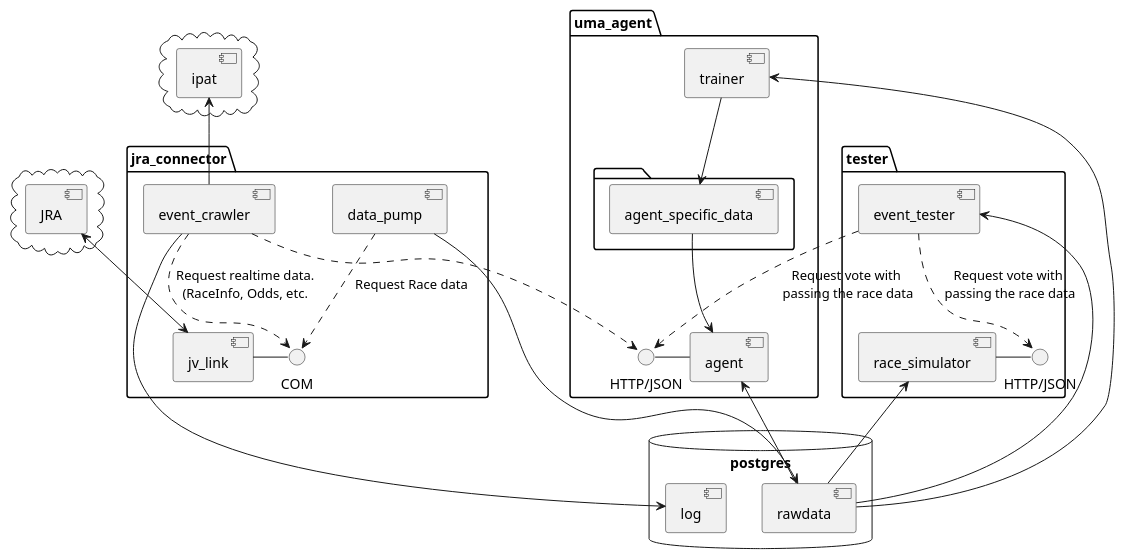
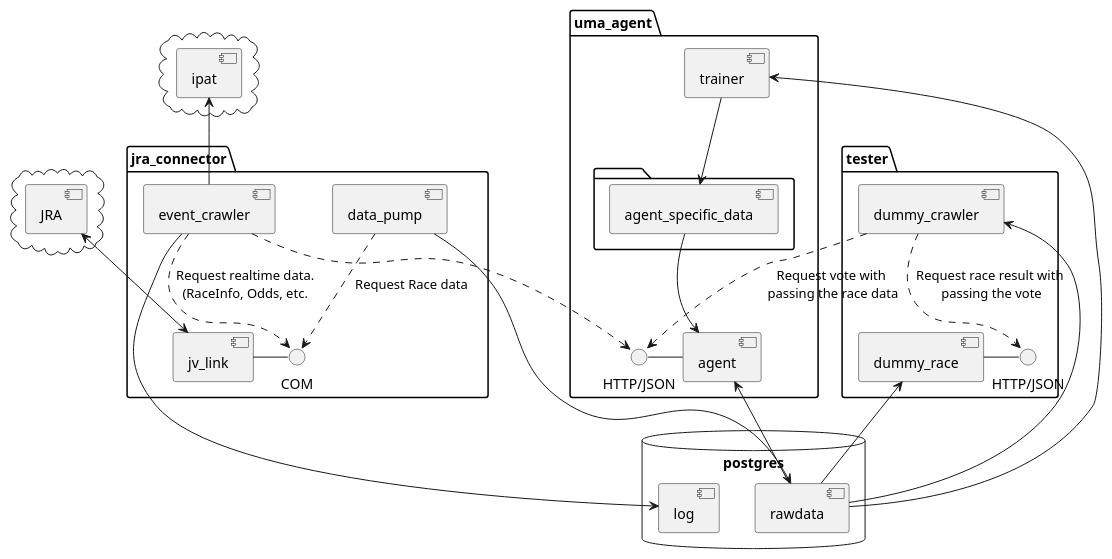
The diagram in software_design/dataflow.plantuml (iwase22334/uma_document), drawn with PlantUML before and after one commit.

Commit message:
update naming

```diff
--- a/software_design/dataflow.plantuml
+++ b/software_design/dataflow.plantuml
@@ -1,55 +1,55 @@
 @startuml
 
 database "postgres" {
     [rawdata]
     [log]
 }
 
 package "jra_connector" {
     interface "COM" as jv_link_if
     [jv_link] - jv_link_if 
     [event_crawler] ..> jv_link_if : "Request realtime data.\n(RaceInfo, Odds, etc."
     [data_pump] ..> jv_link_if : "Request Race data"
 }
 
 [data_pump] --> [rawdata]
 
 package "uma_agent" {
     interface "HTTP/JSON" as agent_if
     [agent] - agent_if 
     folder {
         [agent_specific_data]
     }
     [trainer]
     [trainer] --> [agent_specific_data]
     [agent_specific_data] --> [agent]
 }
 
 package "tester" { 
     interface "HTTP/JSON" as simulator_if
-    [race_simulator] - simulator_if
-    [event_tester]
-    [event_tester] ..> simulator_if : "Request vote with\n passing the race data" 
-    [race_simulator] <- [rawdata]
+    [dummy_race] - simulator_if
+    [dummy_crawler]
+    [dummy_crawler] ..> simulator_if : "Request race result with\n passing the vote" 
+    [dummy_race] <- [rawdata]
 }
 
 cloud {
     [ipat]
 }
 
 cloud {
     [JRA]
 }
 
 [jv_link] <-up-> [JRA]
 [event_crawler] ..> agent_if 
 [event_crawler] -up-> [ipat]
 [event_crawler] -> [log]
 
-[event_tester] <- [rawdata]
-[event_tester] ..> [agent_if] : "Request vote with\n passing the race data"
+[dummy_crawler] <- [rawdata]
+[dummy_crawler] ..> [agent_if] : "Request vote with\n passing the race data"
 
 [trainer] <-- [rawdata]
 [agent] <-- [rawdata]
 
 @enduml
```
